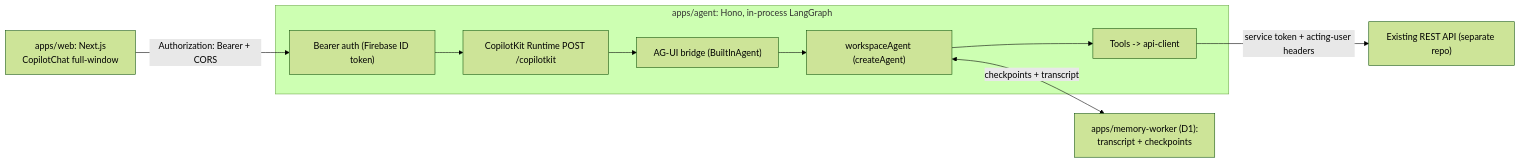
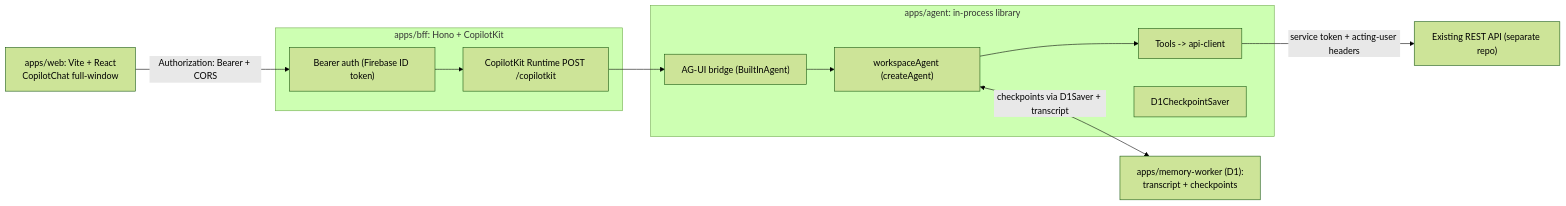
One commit to phuocv76/langchain-js changed the diagram in langchain-copilot-boilerplate/README.md. Above: the diagram before and after it, drawn with Mermaid (forest theme). The commit also changed other lines of this file and 85 other files, not shown here.

Commit message:
feat: migrate the webhook and vite to the current agent

````diff
--- a/langchain-copilot-boilerplate/README.md
+++ b/langchain-copilot-boilerplate/README.md
@@ -23,16 +27,19 @@
 ```mermaid
 flowchart LR
-  UI["apps/web: Next.js<br/>CopilotChat full-window"]
-  subgraph agent [apps/agent: Hono, in-process LangGraph]
+  UI["apps/web: Vite + React<br/>CopilotChat full-window"]
+  subgraph bff [apps/bff: Hono + CopilotKit]
     Auth["Bearer auth (Firebase ID token)"]
     Runtime["CopilotKit Runtime POST /copilotkit"]
+  end
+  subgraph agent [apps/agent: in-process library]
     Bridge["AG-UI bridge (BuiltInAgent)"]
     Graph["workspaceAgent (createAgent)"]
     Tools["Tools -> api-client"]
+    D1Saver["D1CheckpointSaver"]
   end
   MW["apps/memory-worker (D1):<br/>transcript + checkpoints"]
   API["Existing REST API (separate repo)"]
   UI -->|Authorization: Bearer + CORS| Auth --> Runtime --> Bridge --> Graph
   Graph --> Tools -->|service token + acting-user headers| API
-  Graph <-->|checkpoints + transcript| MW
+  Graph <-->|checkpoints via D1Saver + transcript| MW
 ```
````
